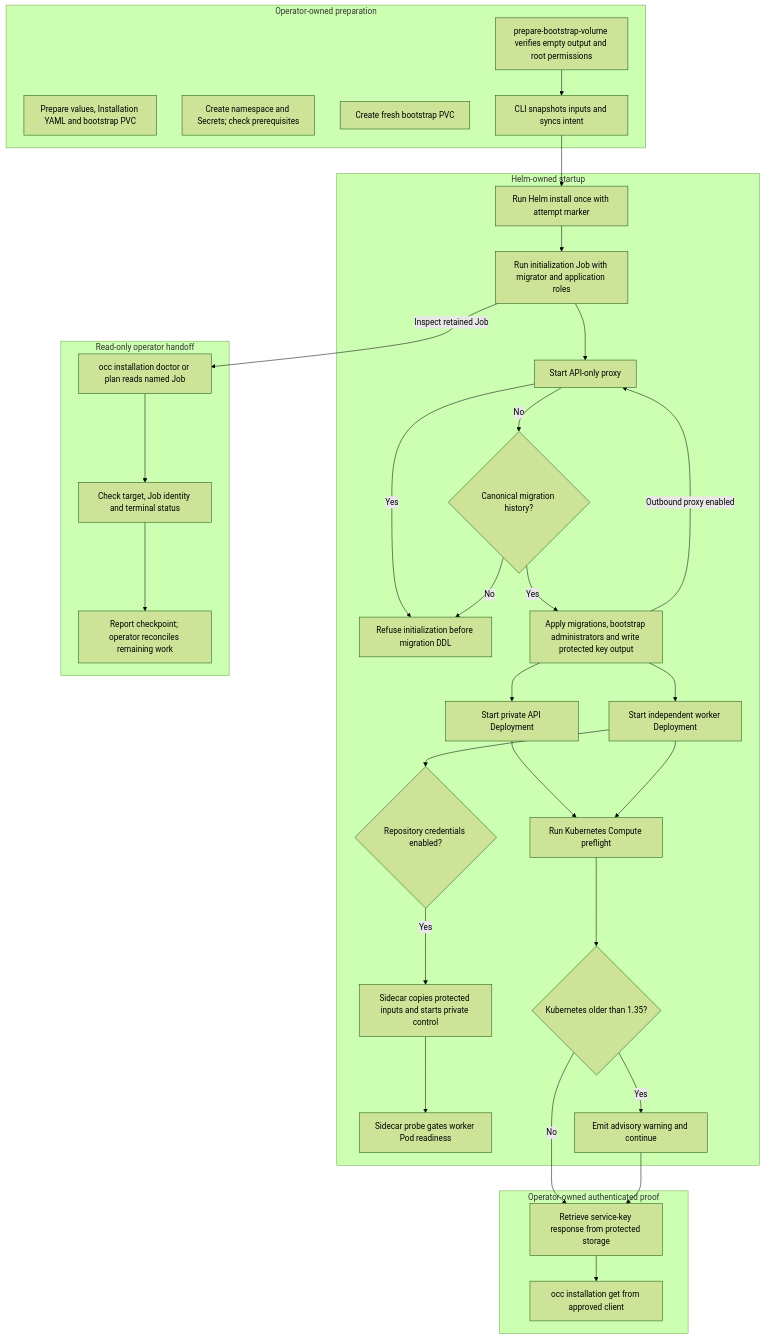
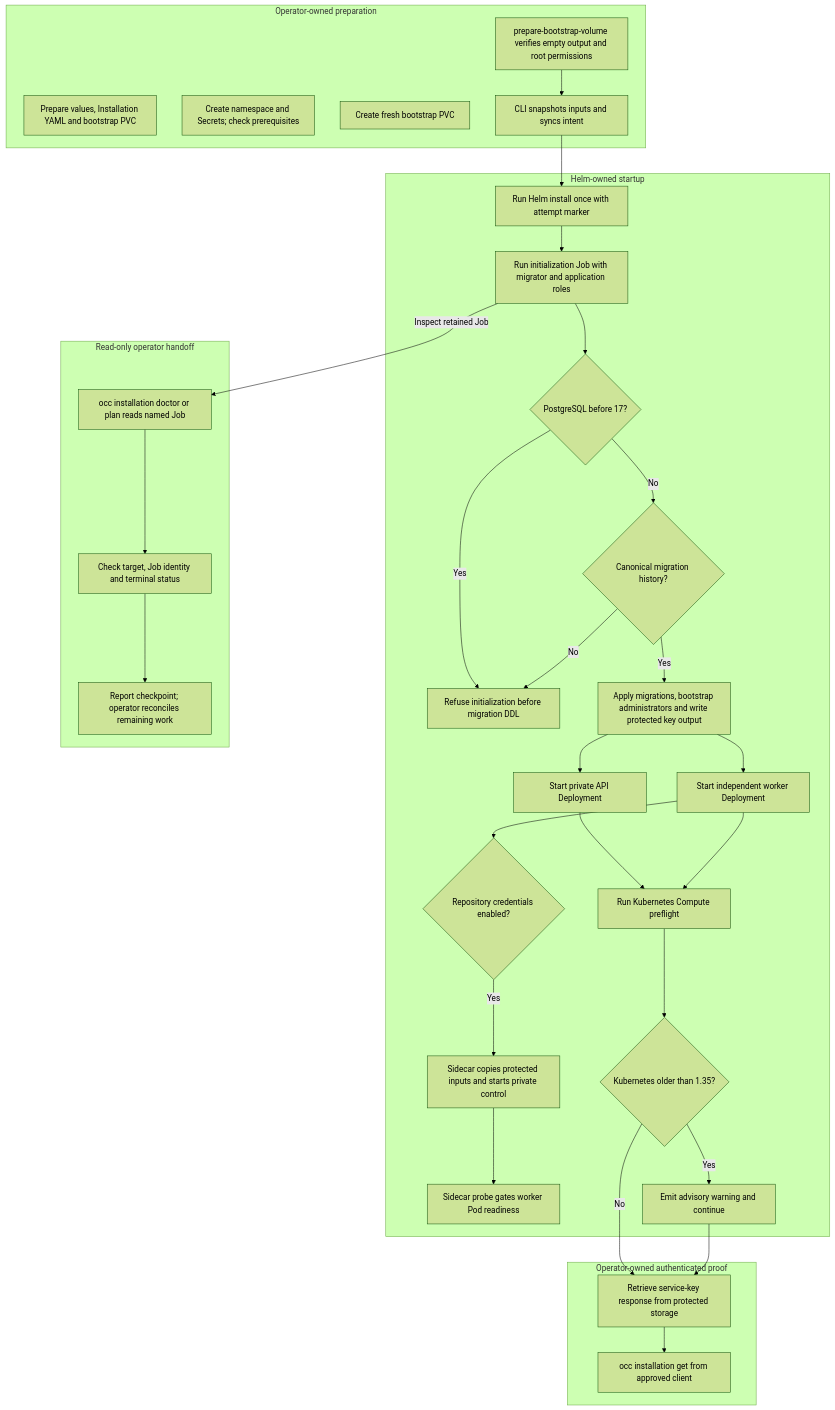
The diagram in docs/flows/production-startup.md (raw-labs/openclaw-enterprise), drawn with Mermaid (forest theme) before and after one commit. The commit also changed other lines of this file and 132 other files, not shown here.

````diff
--- a/docs/flows/production-startup.md
+++ b/docs/flows/production-startup.md
@@ -33,39 +33,38 @@
 ```mermaid
 graph TD
     subgraph Operator["Operator-owned preparation"]
         A["Prepare values, Installation YAML and bootstrap PVC"]
         B["Create namespace and Secrets; check prerequisites"]
         C["Create fresh bootstrap PVC"]
         D["prepare-bootstrap-volume verifies empty output and root permissions"]
         D --> RC["CLI snapshots inputs and syncs intent"]
     end
     subgraph Helm["Helm-owned startup"]
         RC --> E["Run Helm install once with attempt marker"]
         E --> F["Run initialization Job with migrator and application roles"]
         F --> V{"PostgreSQL before 17?"}
         V -->|Yes| P["Refuse initialization before migration DDL"]
         V -->|No| O{"Canonical migration history?"}
         O -->|No| P
         O -->|Yes| G["Apply migrations, bootstrap administrators and write protected key output"]
         G --> H["Start private API Deployment"]
         G --> I["Start independent worker Deployment"]
-        G -->|Outbound proxy enabled| V["Start API-only proxy"]
         I --> R{"Repository credentials enabled?"}
         R -->|Yes| S["Sidecar copies protected inputs and starts private control"]
         S --> Q["Sidecar probe gates worker Pod readiness"]
         H --> L["Run Kubernetes Compute preflight"]
         I --> L
         L --> M{"Kubernetes older than 1.35?"}
         M -->|Yes| N["Emit advisory warning and continue"]
     end
     subgraph Handoff["Read-only operator handoff"]
         F -->|Inspect retained Job| T["occ installation doctor or plan reads named Job"]
         T --> U["Check target, Job identity and terminal status"]
         U --> W["Report checkpoint; operator reconciles remaining work"]
     end
     subgraph Proof["Operator-owned authenticated proof"]
         M -->|No| J["Retrieve service-key response from protected storage"]
         N --> J
         J --> K["occ installation get from approved client"]
     end
 ```
````
